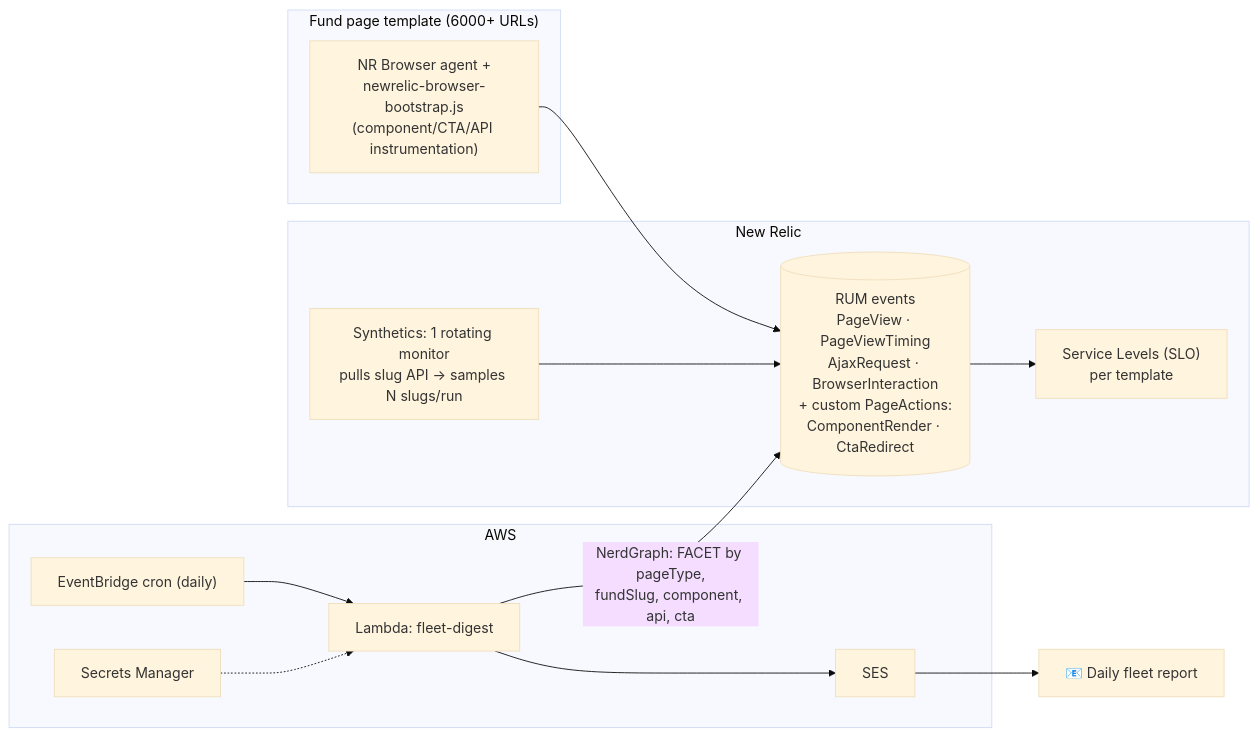
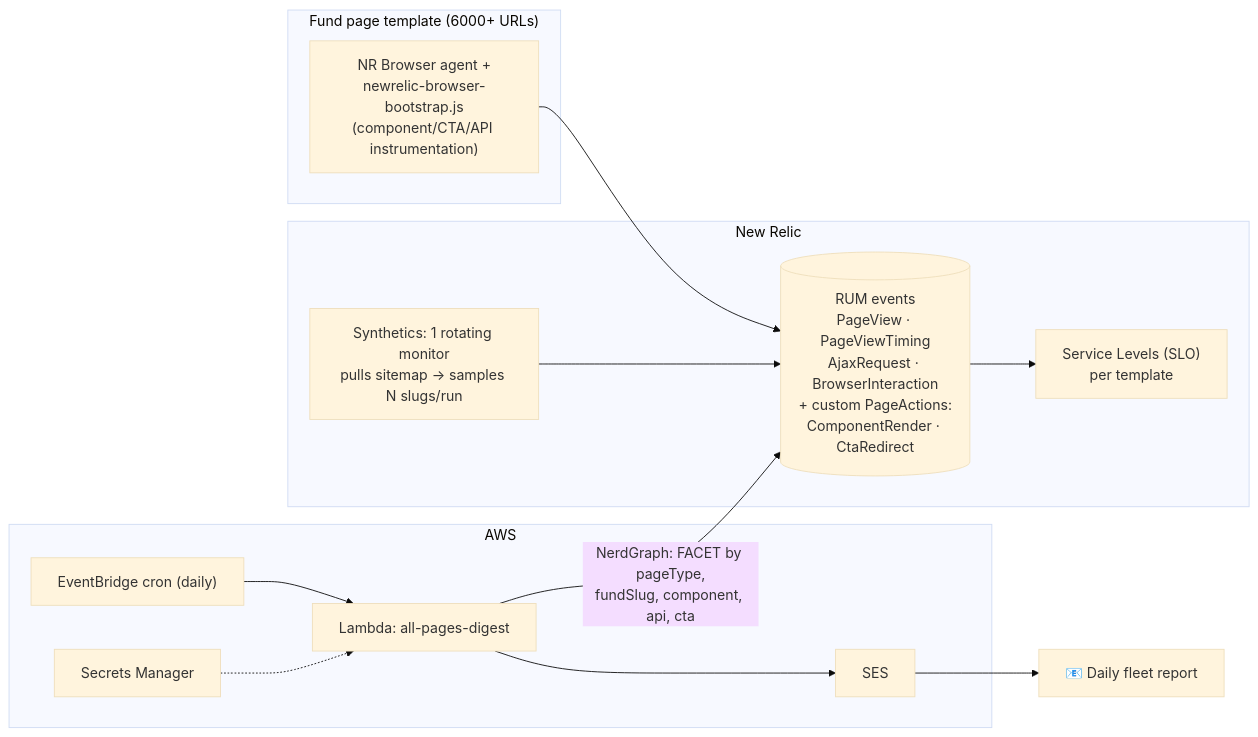
The diagram in ARCHITECTURE-SCALE.md (shreyashdubey/archi), drawn with Mermaid (base theme) before and after one commit. The commit also changed other lines of this file and 21 other files, not shown here.

````diff
--- a/ARCHITECTURE-SCALE.md
+++ b/ARCHITECTURE-SCALE.md
@@ -33,24 +33,24 @@
 ```mermaid
 flowchart LR
     subgraph FE["Fund page template (6000+ URLs)"]
       BOOT["NR Browser agent +<br/>newrelic-browser-bootstrap.js<br/>(component/CTA/API instrumentation)"]
     end
     subgraph NR["New Relic"]
       RUM[("RUM events<br/>PageView · PageViewTiming<br/>AjaxRequest · BrowserInteraction<br/>+ custom PageActions:<br/>ComponentRender · CtaRedirect")]
-      SYN["Synthetics: 1 rotating monitor<br/>pulls slug API → samples N slugs/run"]
+      SYN["Synthetics: 1 rotating monitor<br/>pulls sitemap → samples N slugs/run"]
       SLO["Service Levels (SLO)<br/>per template"]
     end
     subgraph AWS["AWS"]
       EB["EventBridge cron (daily)"]
-      L["Lambda: fleet-digest"]
+      L["Lambda: all-pages-digest"]
       SM["Secrets Manager"]
       SES["SES"]
     end
     BOOT --> RUM
     SYN --> RUM
     RUM --> SLO
     EB --> L
     L -- "NerdGraph: FACET by pageType,<br/>fundSlug, component, api, cta" --> RUM
     SM -.-> L
     L --> SES --> Inbox["📧 Daily fleet report"]
 ```
````
